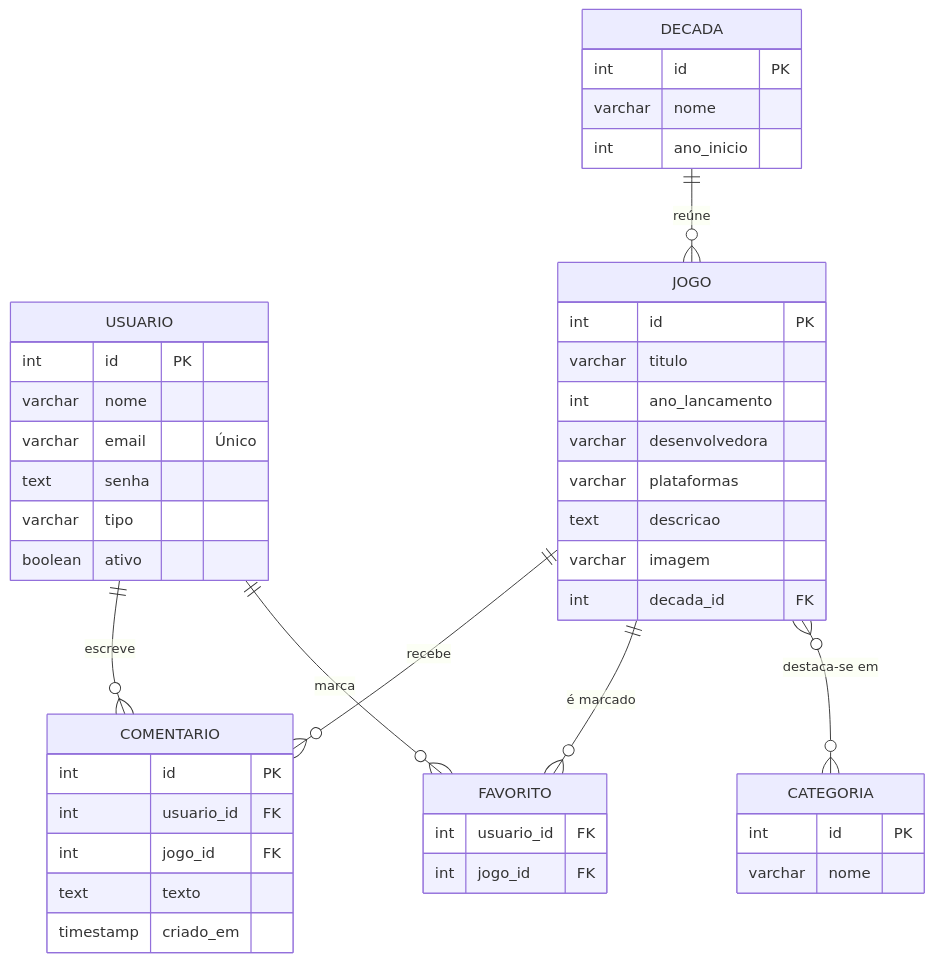
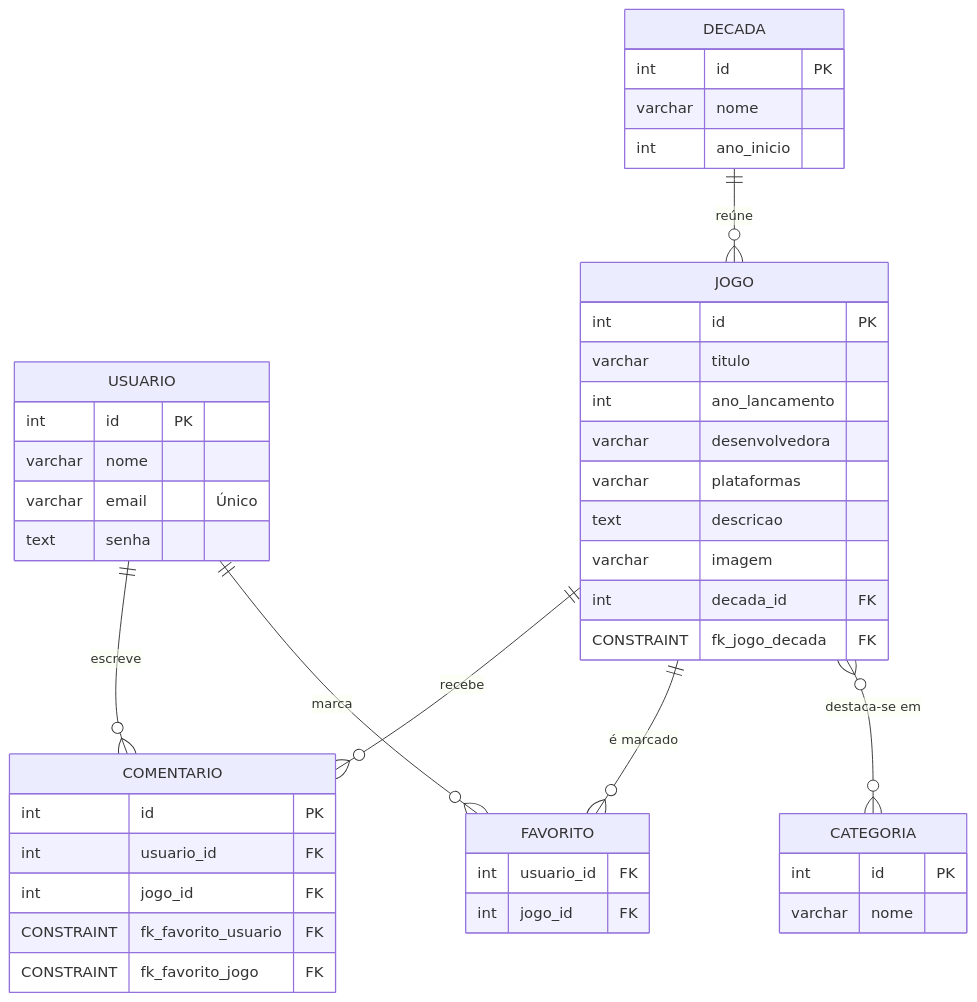
The diagram in README.md (Livia-MP-Null/game_erah), drawn with Mermaid before and after one commit.

Commit message:
Refactor database schema in README.md
Removed unused fields from the database schema and added constraints.

````diff
--- a/README.md
+++ b/README.md
@@ -341,48 +341,47 @@
 ```mermaid
 erDiagram
     USUARIO {
         int id PK
         varchar nome
         varchar email "Único"
         text senha
-        varchar tipo
-        boolean ativo
     }
     DECADA {
         int id PK
         varchar nome
         int ano_inicio
     }
     CATEGORIA {
         int id PK
         varchar nome
     }
     JOGO {
         int id PK
         varchar titulo
         int ano_lancamento
         varchar desenvolvedora
         varchar plataformas
         text descricao
         varchar imagem
         int decada_id FK
+        CONSTRAINT fk_jogo_decada FK
     }
     FAVORITO {
         int usuario_id FK
         int jogo_id FK
     }
     COMENTARIO {
-        int id PK
+         int id PK
         int usuario_id FK
         int jogo_id FK
-        text texto
-        timestamp criado_em
+        CONSTRAINT fk_favorito_usuario FK
+        CONSTRAINT fk_favorito_jogo FK
     }
 
     DECADA    ||--o{ JOGO       : "reúne"
     JOGO      }o--o{ CATEGORIA  : "destaca-se em"
     USUARIO   ||--o{ FAVORITO   : "marca"
     JOGO      ||--o{ FAVORITO   : "é marcado"
     USUARIO   ||--o{ COMENTARIO : "escreve"
     JOGO      ||--o{ COMENTARIO : "recebe"
 ```
````
